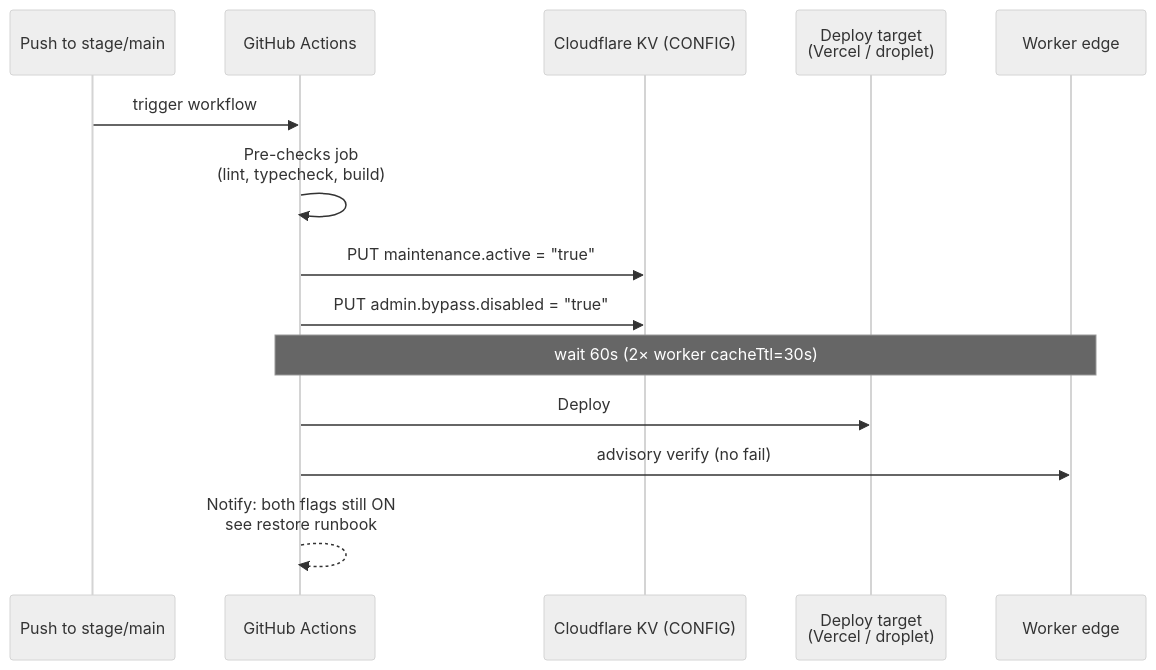
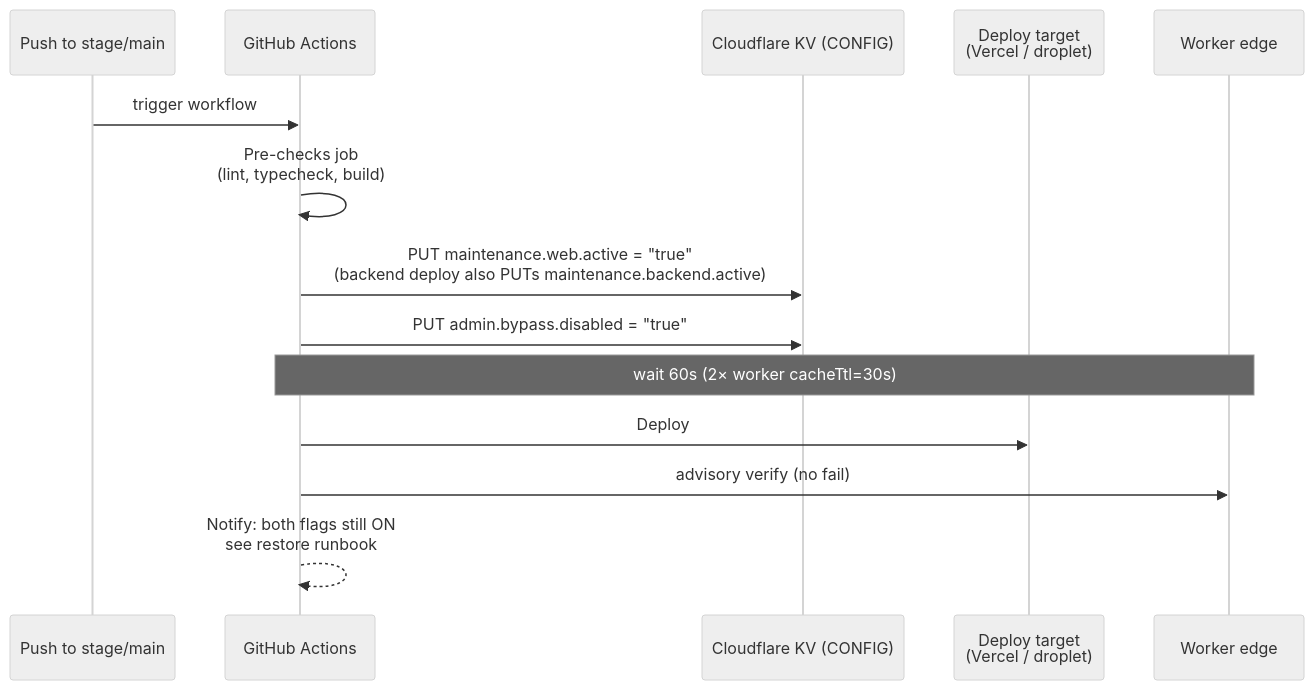
Before and after one commit to memento-tech/oglasino-docs: the diagram in infra/cloudflare/maintenance.md, drawn with Mermaid (neutral theme). The commit also changed other lines of this file and 461 other files, not shown here.

````diff
--- a/infra/cloudflare/maintenance.md
+++ b/infra/cloudflare/maintenance.md
@@ -69,17 +79,17 @@
 ```mermaid
 sequenceDiagram
     participant Push as Push to stage/main
     participant GH as GitHub Actions
     participant CF as Cloudflare KV (CONFIG)
     participant Target as Deploy target<br/>(Vercel / droplet)
     participant Edge as Worker edge
 
     Push->>GH: trigger workflow
     GH->>GH: Pre-checks job<br/>(lint, typecheck, build)
-    GH->>CF: PUT maintenance.active = "true"
+    GH->>CF: PUT maintenance.web.active = "true"<br/>(backend deploy also PUTs maintenance.backend.active)
     GH->>CF: PUT admin.bypass.disabled = "true"
     Note over GH,Edge: wait 60s (2× worker cacheTtl=30s)
     GH->>Target: Deploy
     GH->>Edge: advisory verify (no fail)
     GH-->>GH: Notify: both flags still ON<br/>see restore runbook
 ```
````
